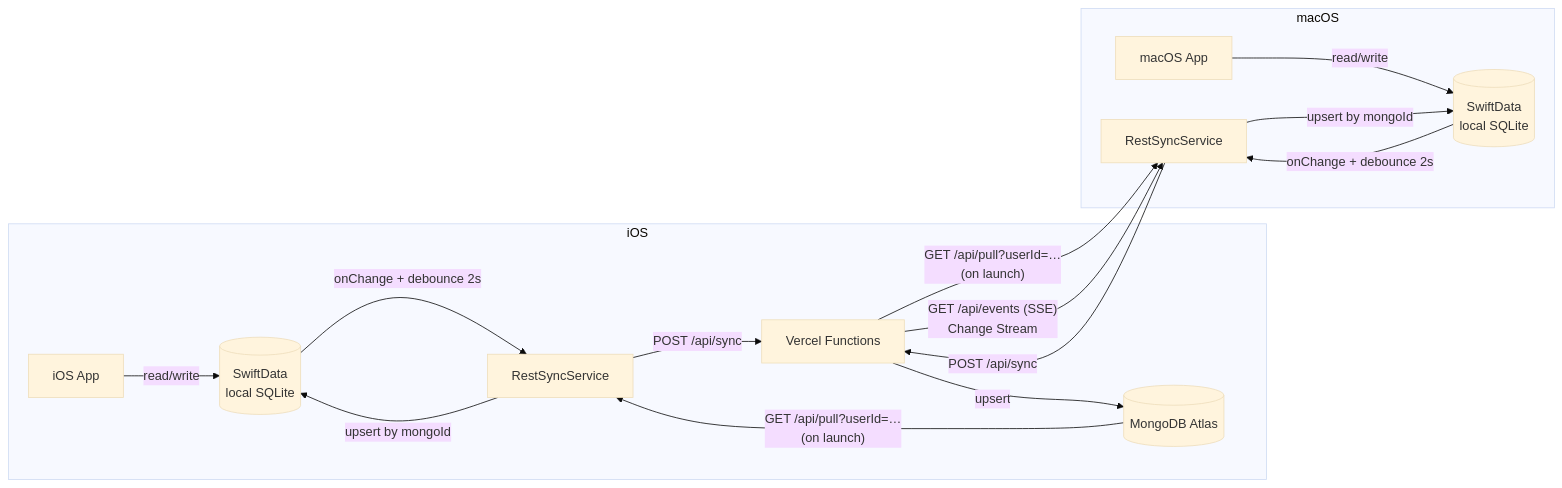
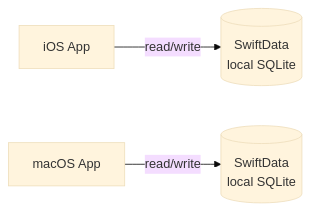
Before and after one commit to AlbertoBarrago/Timelog: the second of 2 diagrams in docs/02-data-model.md, drawn with Mermaid (base theme). The commit also changed other lines of this file and 66 other files, not shown here.

````diff
--- a/docs/02-data-model.md
+++ b/docs/02-data-model.md
@@ -117,21 +108,5 @@
 ```mermaid
 flowchart LR
-    subgraph iOS
-        iApp["iOS App"] -->|"read/write"| SD_iOS[("SwiftData\nlocal SQLite")]
-        SD_iOS -->|"onChange + debounce 2s"| RSS["RestSyncService"]
-        RSS -->|"POST /api/sync"| VCL["Vercel Functions"]
-        VCL -->|"upsert"| MDB[("MongoDB Atlas")]
-        MDB -->|"GET /api/pull?userId=…\n(on launch)"| RSS
-        RSS -->|"upsert by mongoId"| SD_iOS
-    end
-
-    subgraph macOS
-        mApp["macOS App"] -->|"read/write"| SD_MAC[("SwiftData\nlocal SQLite")]
-        SD_MAC -->|"onChange + debounce 2s"| mRSS["RestSyncService"]
-        mRSS -->|"POST /api/sync"| VCL
-        VCL -->|"GET /api/pull?userId=…\n(on launch)"| mRSS
-        mRSS -->|"upsert by mongoId"| SD_MAC
-        VCL -->|"GET /api/events (SSE)\nChange Stream"| mRSS
-    end
-
+    iApp["iOS App"] -->|"read/write"| SD_iOS[("SwiftData\nlocal SQLite")]
+    mApp["macOS App"] -->|"read/write"| SD_MAC[("SwiftData\nlocal SQLite")]
 ```
````
